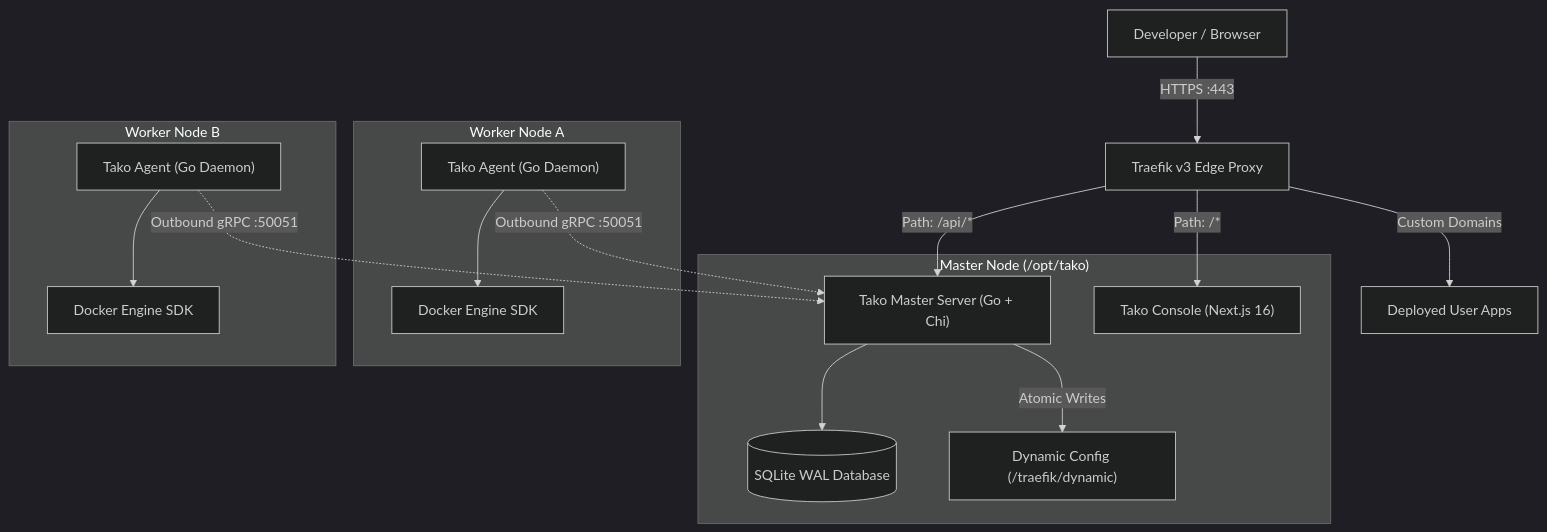
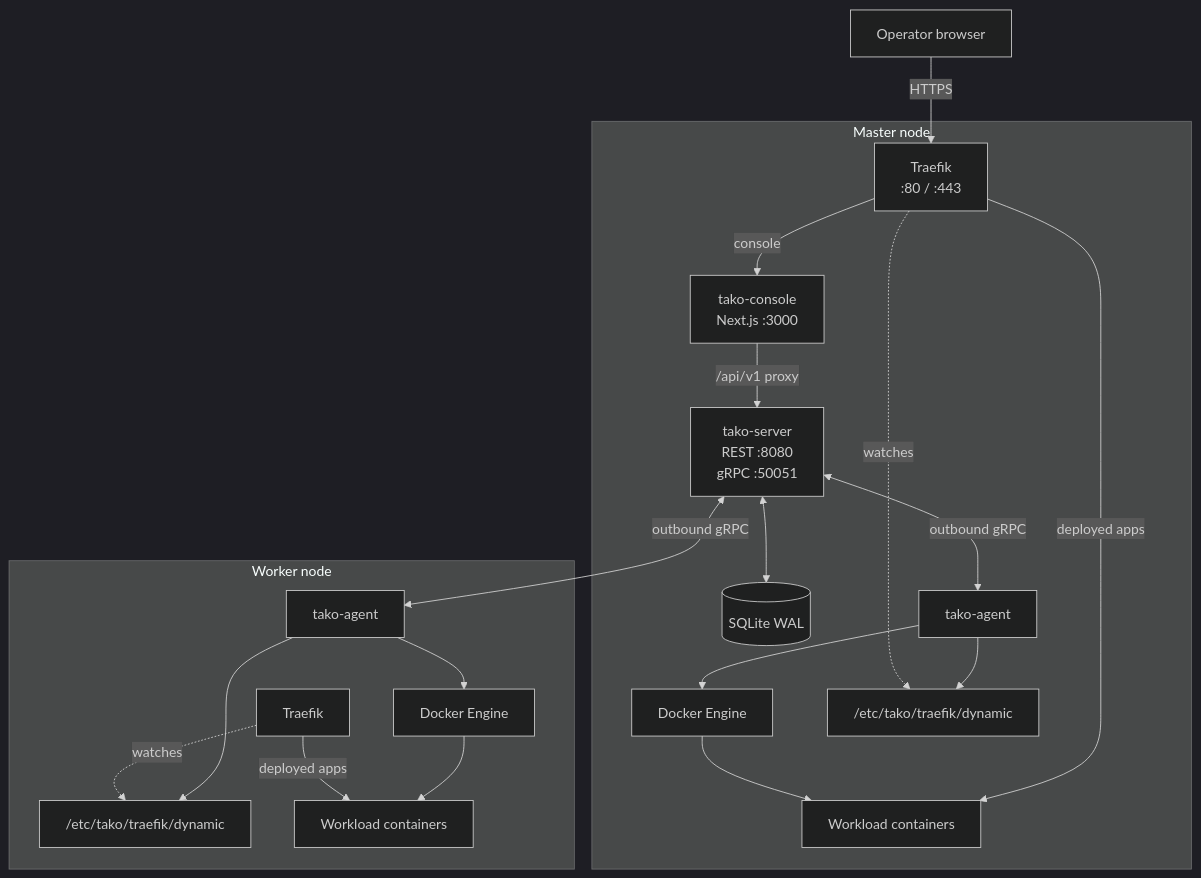
The first of 2 diagrams in README.md (gettako/tako), drawn with Mermaid (dark theme) before and after one commit. The commit also changed other lines of this file and 754 other files, not shown here.

Commit message:
refactor: rename tako to console and sync monorepo components

````diff
--- a/README.md
+++ b/README.md
@@ -38,31 +10,40 @@
 ```mermaid
 flowchart TD
-    User["Developer / Browser"] -->|HTTPS :443| Edge["Traefik v3 Edge Proxy"]
-    Edge -->|Path: /api/*| Server["Tako Master Server (Go + Chi)"]
-    Edge -->|Path: /*| Console["Tako Console (Next.js 16)"]
-    Edge -->|Custom Domains| App["Deployed User Apps"]
+    Browser["Operator browser"]
 
-    subgraph MasterNode["Master Node (/opt/tako)"]
-        Server
-        Console
-        DB[("SQLite WAL Database")]
-        TraefikConfig["Dynamic Config (/traefik/dynamic)"]
-        Server --> DB
-        Server -->|Atomic Writes| TraefikConfig
+    subgraph Master["Master node"]
+        Edge["Traefik<br/>:80 / :443"]
+        Console["tako-console<br/>Next.js :3000"]
+        Server["tako-server<br/>REST :8080<br/>gRPC :50051"]
+        DB[("SQLite WAL")]
+        LocalAgent["tako-agent"]
+        LocalDocker["Docker Engine"]
+        LocalRoutes["/etc/tako/traefik/dynamic"]
+        LocalApps["Workload containers"]
     end
 
-    subgraph WorkerNode1["Worker Node A"]
-        AgentA["Tako Agent (Go Daemon)"]
-        DockerA["Docker Engine SDK"]
-        AgentA --> DockerA
+    subgraph Worker["Worker node"]
+        WorkerEdge["Traefik"]
+        WorkerAgent["tako-agent"]
+        WorkerDocker["Docker Engine"]
+        WorkerRoutes["/etc/tako/traefik/dynamic"]
+        WorkerApps["Workload containers"]
     end
 
-    subgraph WorkerNode2["Worker Node B"]
-        AgentB["Tako Agent (Go Daemon)"]
-        DockerB["Docker Engine SDK"]
-        AgentB --> DockerB
-    end
-
-    AgentA -.->|Outbound gRPC :50051| Server
-    AgentB -.->|Outbound gRPC :50051| Server
+    Browser -->|"HTTPS"| Edge
+    Edge -->|"console"| Console
+    Edge -->|"deployed apps"| LocalApps
+    Console -->|"/api/v1 proxy"| Server
+    Server <--> DB
+    Server <-->|"outbound gRPC"| LocalAgent
+    Server <-->|"outbound gRPC"| WorkerAgent
+    LocalAgent --> LocalDocker
+    LocalAgent --> LocalRoutes
+    LocalDocker --> LocalApps
+    Edge -.->|"watches"| LocalRoutes
+    WorkerAgent --> WorkerDocker
+    WorkerAgent --> WorkerRoutes
+    WorkerDocker --> WorkerApps
+    WorkerEdge -.->|"watches"| WorkerRoutes
+    WorkerEdge -->|"deployed apps"| WorkerApps
 ```
````
